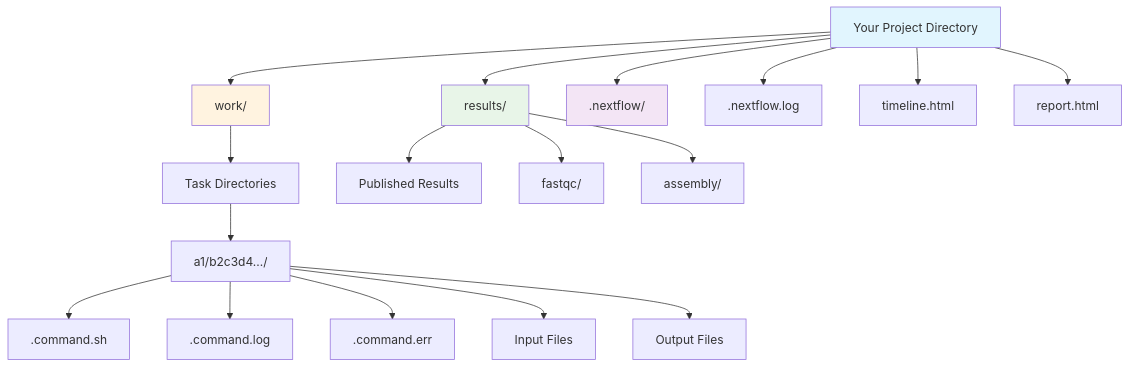
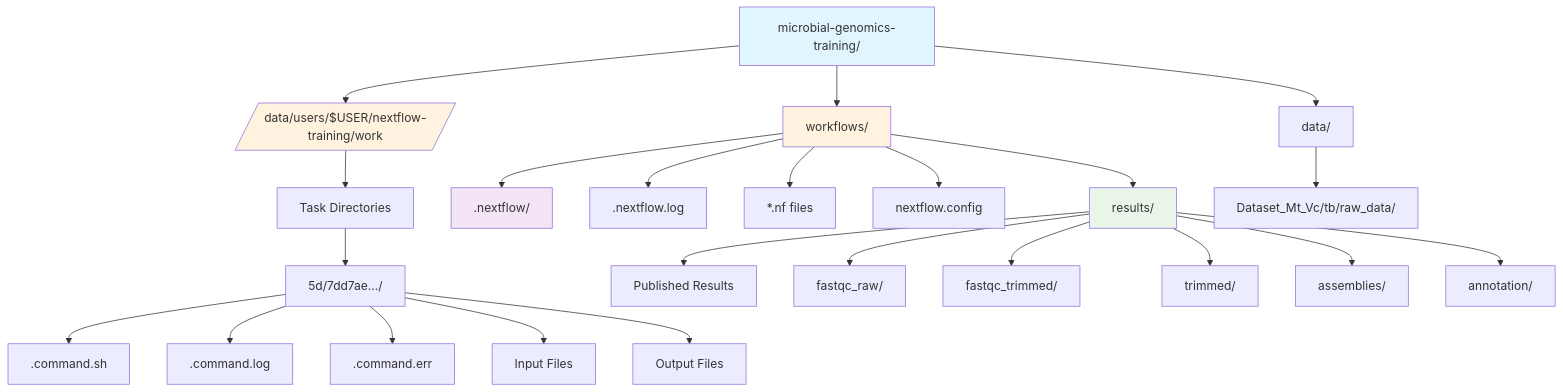
Before and after one commit to mamanambiya/microbial-genomics-training: the seventh of 8 diagrams in docs_src/modules/day6/index.md, drawn with Mermaid. The commit also changed other lines of this file and 2 other files, not shown here.

First line of the commit message:
Simplify workflow examples for training

````diff
--- a/docs_src/modules/day6/index.md
+++ b/docs_src/modules/day6/index.md
@@ -1242,26 +1269,35 @@
 ```mermaid
 graph TD
-    A[Your Project Directory] --> B[work/]
-    A --> C[results/]
-    A --> D[.nextflow/]
-    A --> E[.nextflow.log]
-    A --> F[timeline.html]
-    A --> G[report.html]
+    A[microbial-genomics-training/] --> B[workflows/]
+    A --> C[data/]
+    A --> D[/data/users/$USER/nextflow-training/work/]
 
-    B --> H[Task Directories]
-    H --> I[a1/b2c3d4.../]
-    I --> J[.command.sh]
-    I --> K[.command.log]
-    I --> L[.command.err]
-    I --> M[Input Files]
-    I --> N[Output Files]
+    B --> E[results/]
+    B --> F[.nextflow/]
+    B --> G[.nextflow.log]
+    B --> H[*.nf files]
+    B --> I[nextflow.config]
 
-    C --> O[Published Results]
-    C --> P[fastqc/]
-    C --> Q[assembly/]
+    D --> J[Task Directories]
+    J --> K[5d/7dd7ae.../]
+    K --> L[.command.sh]
+    K --> M[.command.log]
+    K --> N[.command.err]
+    K --> O[Input Files]
+    K --> P[Output Files]
+
+    E --> Q[Published Results]
+    E --> R[fastqc_raw/]
+    E --> S[fastqc_trimmed/]
+    E --> T[trimmed/]
+    E --> U[assemblies/]
+    E --> V[annotation/]
+
+    C --> W[Dataset_Mt_Vc/tb/raw_data/]
 
     style A fill:#e1f5fe
     style B fill:#fff3e0
-    style C fill:#e8f5e8
-    style D fill:#f3e5f5
+    style D fill:#fff3e0
+    style E fill:#e8f5e8
+    style F fill:#f3e5f5
 ```
````
